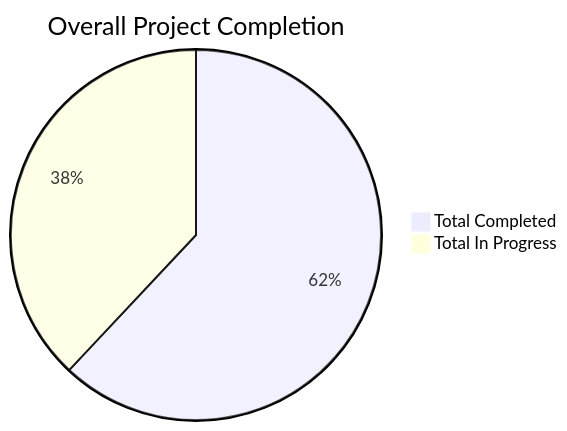
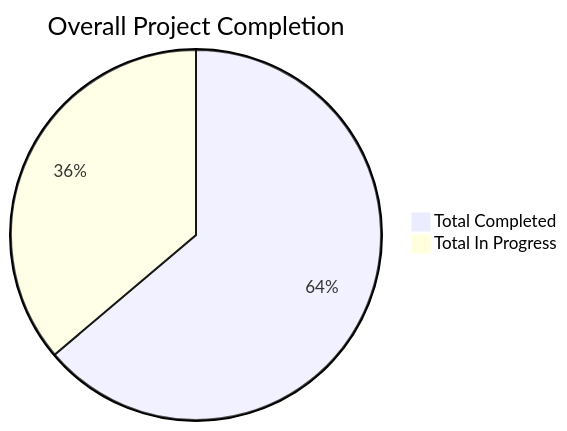
One commit to AMEN-ProgCorps/RMS-CSPC changed the second of 2 diagrams in README.md. Above: the diagram before and after it, drawn with Mermaid. The commit also changed other lines of this file and 10 other files, not shown here.

First line of the commit message:
Add text-file import for offices & flows

````diff
--- a/README.md
+++ b/README.md
@@ -115,5 +115,5 @@
 ```mermaid
 pie title Overall Project Completion
-    "Total Completed" : 68.2
-    "Total In Progress" : 41.8
+    "Total Completed" : 70.2
+    "Total In Progress" : 39.8
 ```
````
